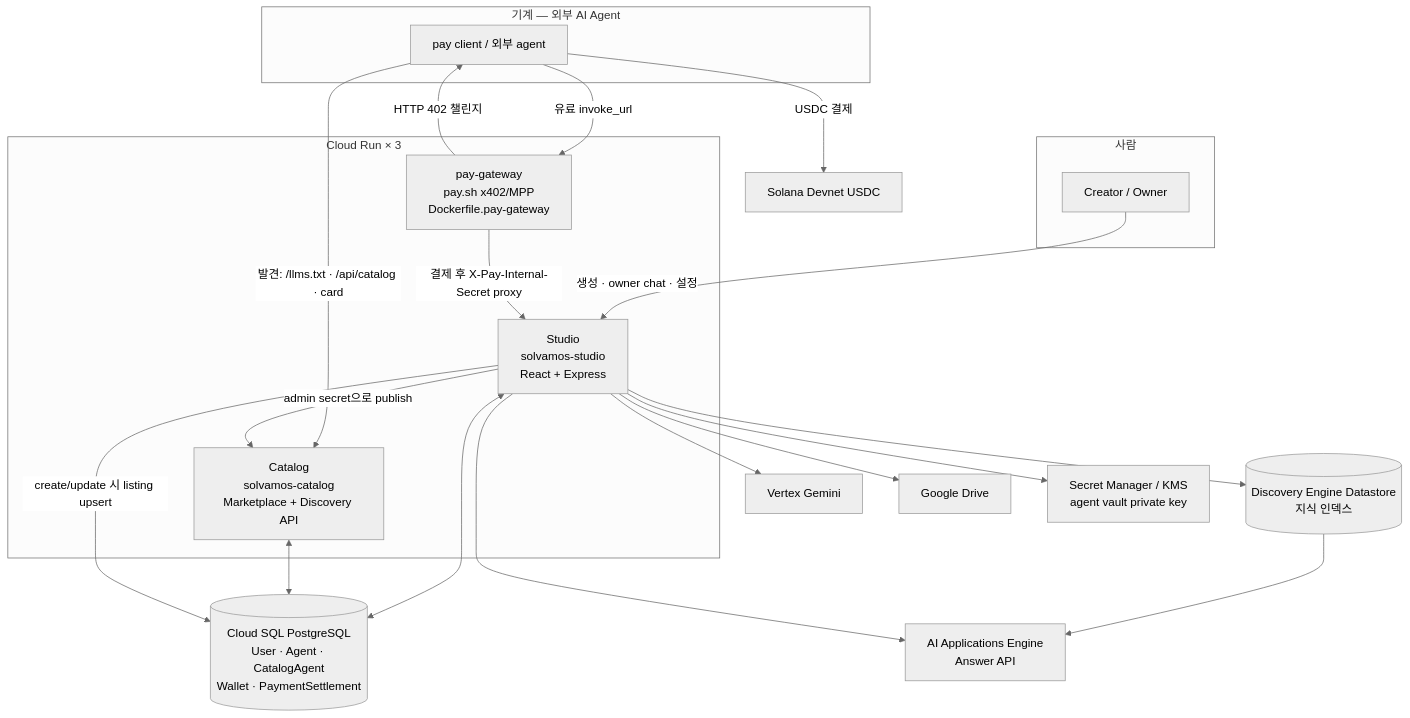
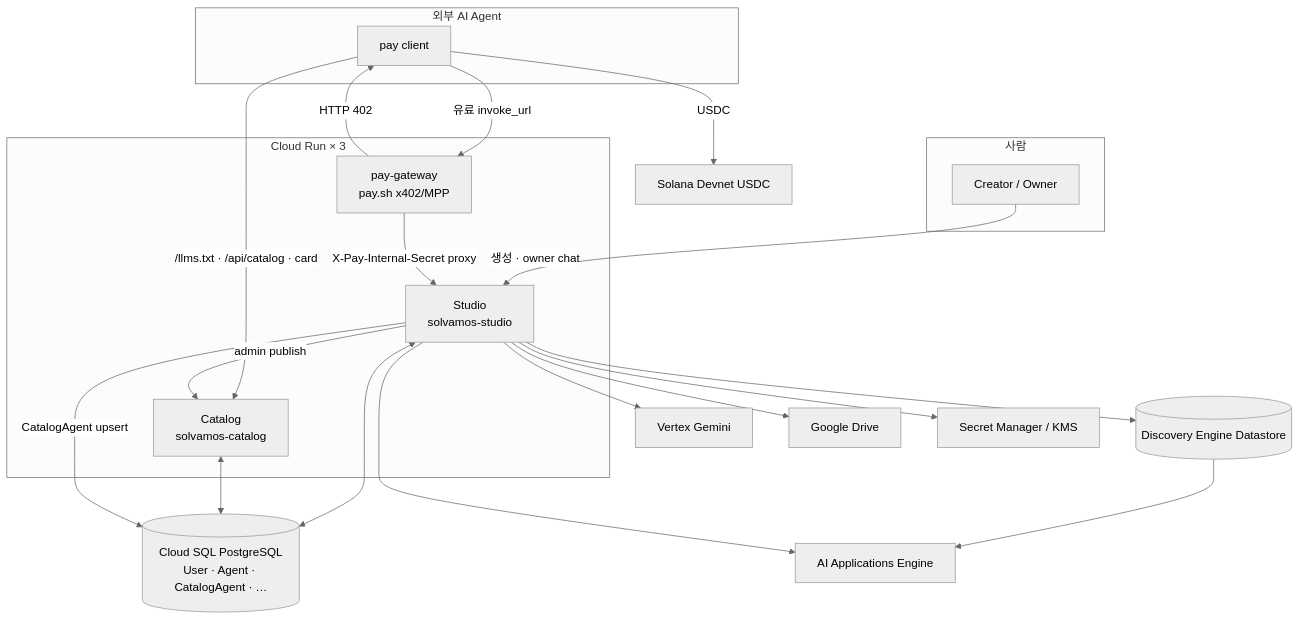
Before and after one commit to minvamos/solvamos-studio: the first of 2 diagrams in README.md, drawn with Mermaid (neutral theme). The commit also changed other lines of this file, not shown here.

````diff
--- a/README.md
+++ b/README.md
@@ -72,42 +50,42 @@
 ```mermaid
 flowchart TB
   subgraph People [사람]
     Creator[Creator / Owner]
   end
 
-  subgraph Agents [기계 — 외부 AI Agent]
-    Buyer[pay client / 외부 agent]
+  subgraph Agents [외부 AI Agent]
+    Buyer[pay client]
   end
 
   subgraph Run [Cloud Run × 3]
-    Studio[Studio<br/>solvamos-studio<br/>React + Express]
-    Catalog[Catalog<br/>solvamos-catalog<br/>Marketplace + Discovery API]
-    Gateway[pay-gateway<br/>pay.sh x402/MPP<br/>Dockerfile.pay-gateway]
+    Studio[Studio<br/>solvamos-studio]
+    Catalog[Catalog<br/>solvamos-catalog]
+    Gateway[pay-gateway<br/>pay.sh x402/MPP]
   end
 
-  DB[(Cloud SQL PostgreSQL<br/>User · Agent · CatalogAgent<br/>Wallet · PaymentSettlement)]
-  DS[(Discovery Engine Datastore<br/>지식 인덱스)]
-  Engine[AI Applications Engine<br/>Answer API]
+  DB[(Cloud SQL PostgreSQL<br/>User · Agent · CatalogAgent · …)]
+  DS[(Discovery Engine Datastore)]
+  Engine[AI Applications Engine]
   Gemini[Vertex Gemini]
   Drive[Google Drive]
-  SM[Secret Manager / KMS<br/>agent vault private key]
+  SM[Secret Manager / KMS]
   SOL[Solana Devnet USDC]
 
-  Creator -->|생성 · owner chat · 설정| Studio
-  Buyer -->|발견: /llms.txt · /api/catalog · card| Catalog
+  Creator -->|생성 · owner chat| Studio
+  Buyer -->|/llms.txt · /api/catalog · card| Catalog
   Buyer -->|유료 invoke_url| Gateway
-  Gateway -->|HTTP 402 챌린지| Buyer
-  Buyer -->|USDC 결제| SOL
-  Gateway -->|결제 후 X-Pay-Internal-Secret proxy| Studio
+  Gateway -->|HTTP 402| Buyer
+  Buyer -->|USDC| SOL
+  Gateway -->|X-Pay-Internal-Secret proxy| Studio
 
   Studio <--> DB
   Catalog <--> DB
-  Studio -->|create/update 시 listing upsert| DB
-  Studio -->|admin secret으로 publish| Catalog
+  Studio -->|CatalogAgent upsert| DB
+  Studio -->|admin publish| Catalog
   Studio --> Drive
   Studio --> DS
   DS --> Engine
   Studio --> Engine
   Studio --> Gemini
   Studio --> SM
 ```
````
